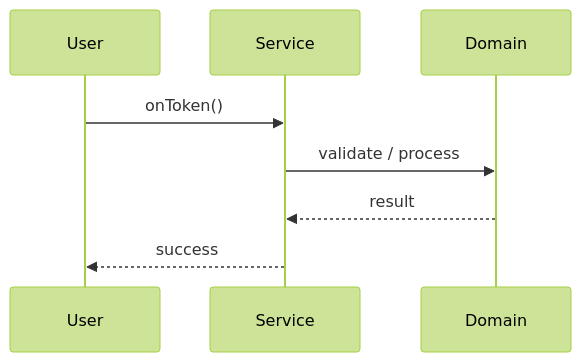
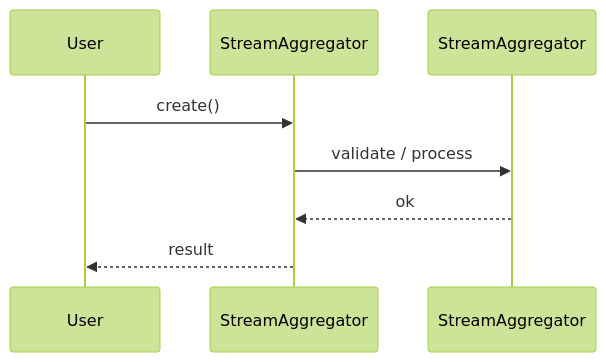
Before and after one commit to madhupaila/Interview-Prep-SSE: the second of 3 diagrams in Learn/System Design - Low Level Design/05-genai-llm-lld/questions/Q09-streaming-response-aggregator.md, drawn with Mermaid (forest theme). The commit also changed other lines of this file and 491 other files, not shown here.

````diff
--- a/Learn/System Design - Low Level Design/05-genai-llm-lld/questions/Q09-streaming-response-aggregator.md
+++ b/Learn/System Design - Low Level Design/05-genai-llm-lld/questions/Q09-streaming-response-aggregator.md
@@ -120,10 +145,10 @@
 ```mermaid
 sequenceDiagram
-    participant U as User
-    participant S as Service
-    participant D as Domain
-    U->>S: onToken()
-    S->>D: validate / process
-    D-->>S: result
-    S-->>U: success
+participant U as User
+participant S as StreamAggregator
+participant D as StreamAggregator
+U->>S: create()
+S->>D: validate / process
+D-->>S: ok
+S-->>U: result
 ```
````
